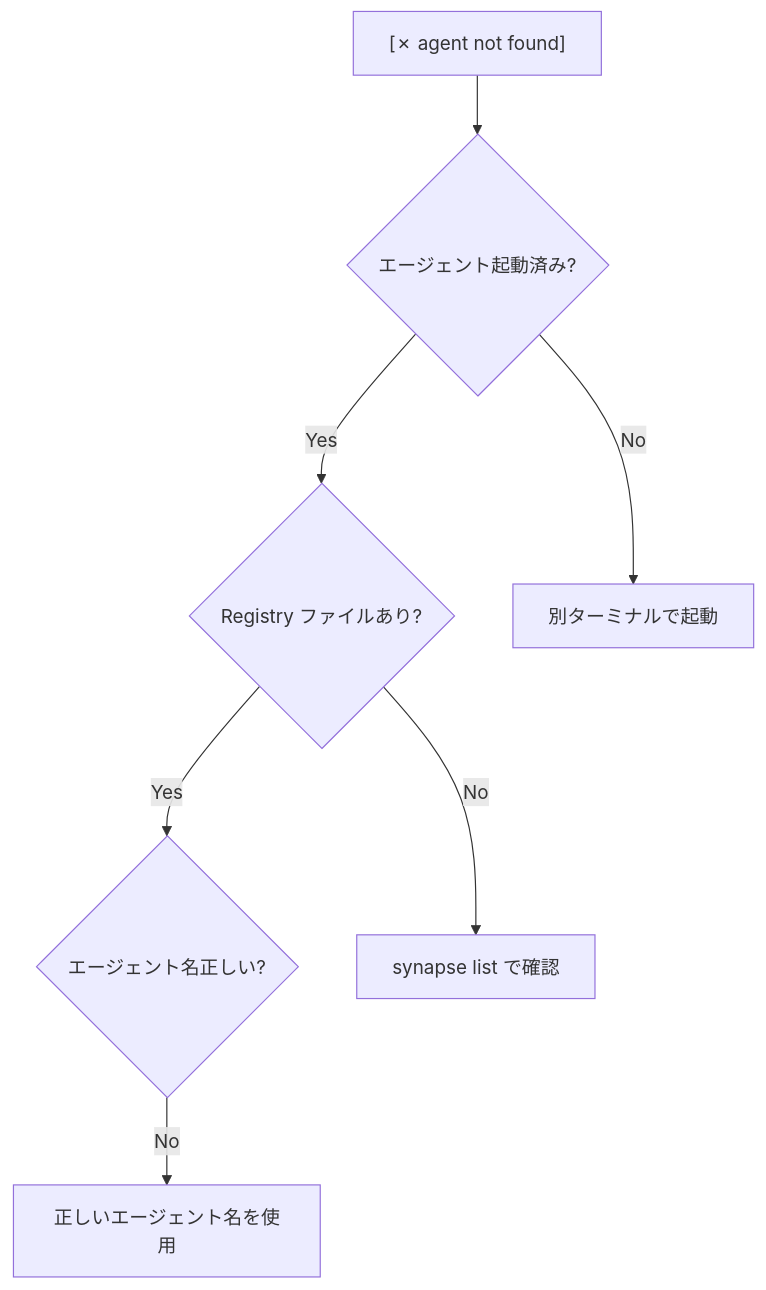
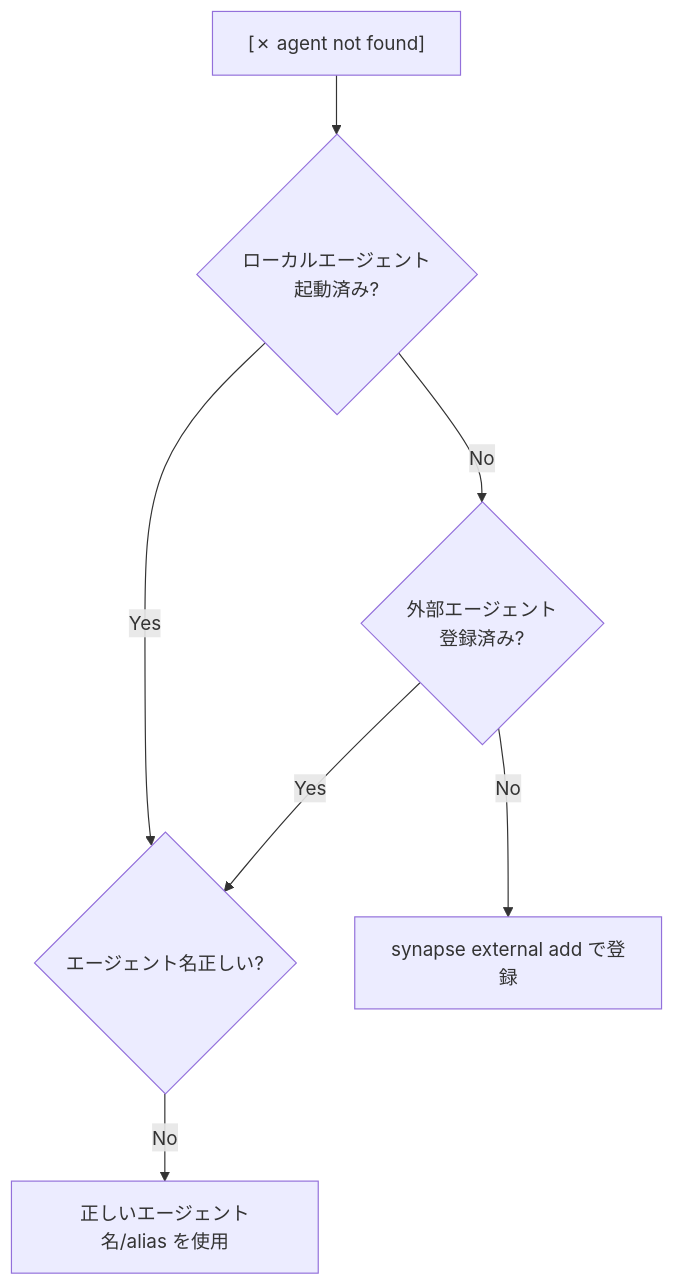
Before and after one commit to s-hiraoku/synapse-a2a: the second of 3 diagrams in guides/troubleshooting.md, drawn with Mermaid. The commit also changed other lines of this file and 5 other files, not shown here.

````diff
--- a/guides/troubleshooting.md
+++ b/guides/troubleshooting.md
@@ -92,14 +92,14 @@
 ```mermaid
 flowchart TB
     Error["[✗ agent not found]"]
-    Check1{"エージェント起動済み?"}
-    Check2{"Registry ファイルあり?"}
+    Check1{"ローカルエージェント<br/>起動済み?"}
+    Check2{"外部エージェント<br/>登録済み?"}
     Check3{"エージェント名正しい?"}
 
     Error --> Check1
-    Check1 -->|"No"| Fix1["別ターミナルで起動"]
-    Check1 -->|"Yes"| Check2
-    Check2 -->|"No"| Fix2["synapse list で確認"]
+    Check1 -->|"No"| Check2
+    Check1 -->|"Yes"| Check3
+    Check2 -->|"No"| Fix2["synapse external add で登録"]
     Check2 -->|"Yes"| Check3
-    Check3 -->|"No"| Fix3["正しいエージェント名を使用"]
+    Check3 -->|"No"| Fix3["正しいエージェント名/alias を使用"]
 ```
````
